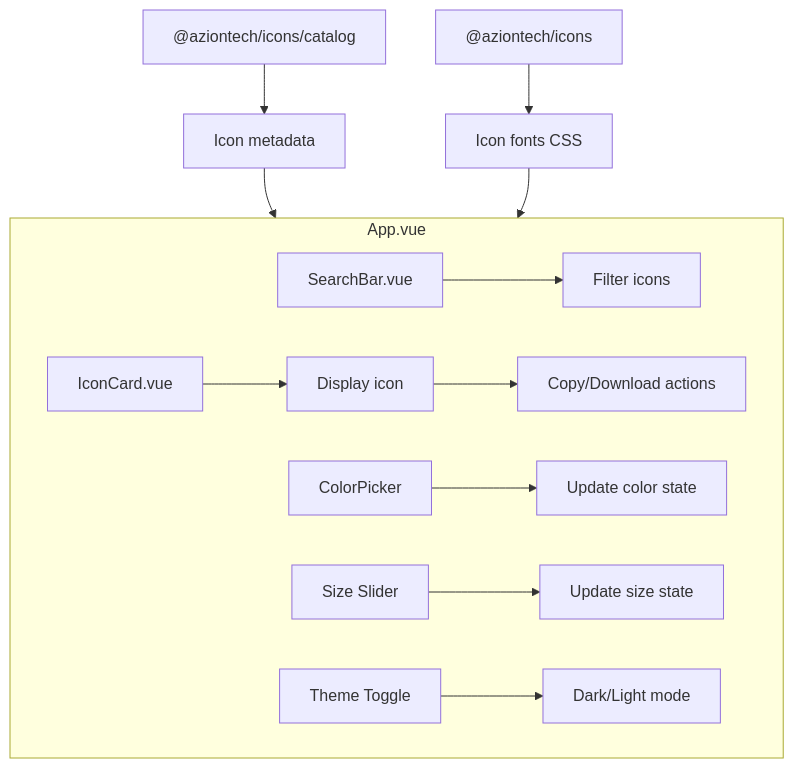
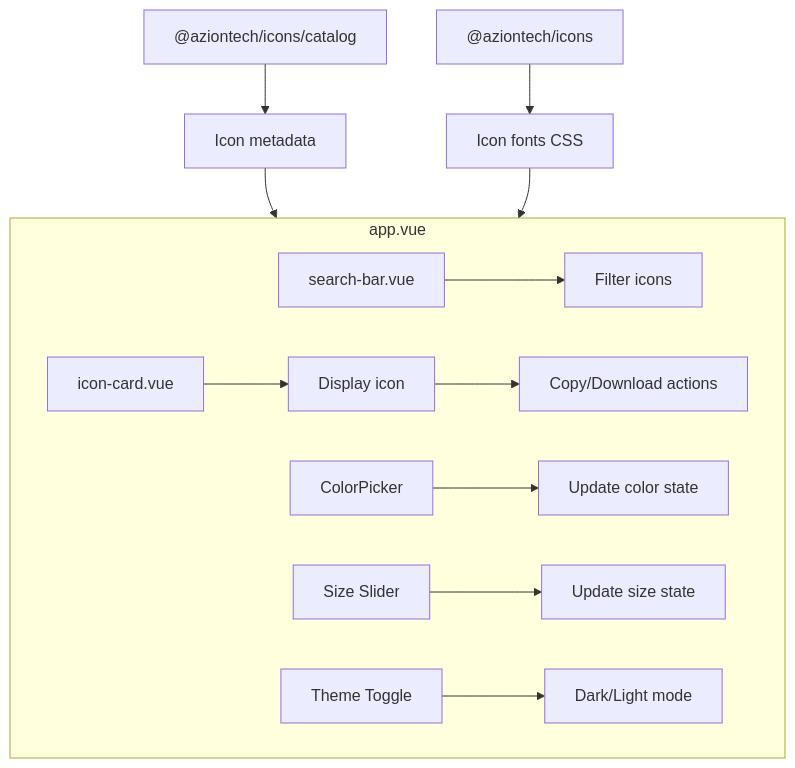
Before and after one commit to aziontech/webkit: the second of 3 diagrams in apps/icons-gallery/README.md, drawn with Mermaid. The commit also changed other lines of this file and 14 other files, not shown here.

First line of the commit message:
refactor(icons-gallery): kebab-case files, co-located Vitest test, shared app layout

````diff
--- a/apps/icons-gallery/README.md
+++ b/apps/icons-gallery/README.md
@@ -63,15 +63,15 @@
 ```mermaid
 flowchart TB
-    subgraph App.vue
-        A[SearchBar.vue] --> B[Filter icons]
-        C[IconCard.vue] --> D[Display icon]
+    subgraph app.vue
+        A[search-bar.vue] --> B[Filter icons]
+        C[icon-card.vue] --> D[Display icon]
         D --> E[Copy/Download actions]
         F[ColorPicker] --> G[Update color state]
         H[Size Slider] --> I[Update size state]
         J[Theme Toggle] --> K[Dark/Light mode]
     end
     L["@aziontech/icons/catalog"] --> M[Icon metadata]
-    M --> App.vue
+    M --> app.vue
     N["@aziontech/icons"] --> O[Icon fonts CSS]
-    O --> App.vue
+    O --> app.vue
 ```
````
